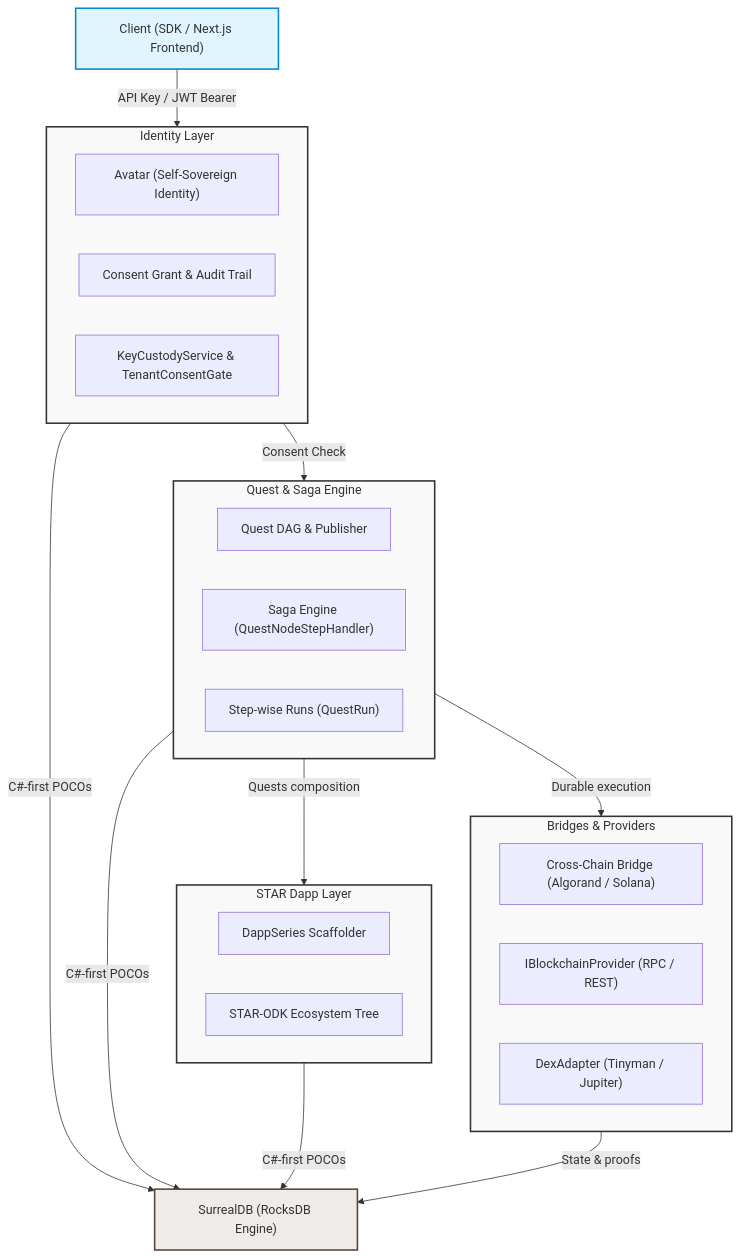
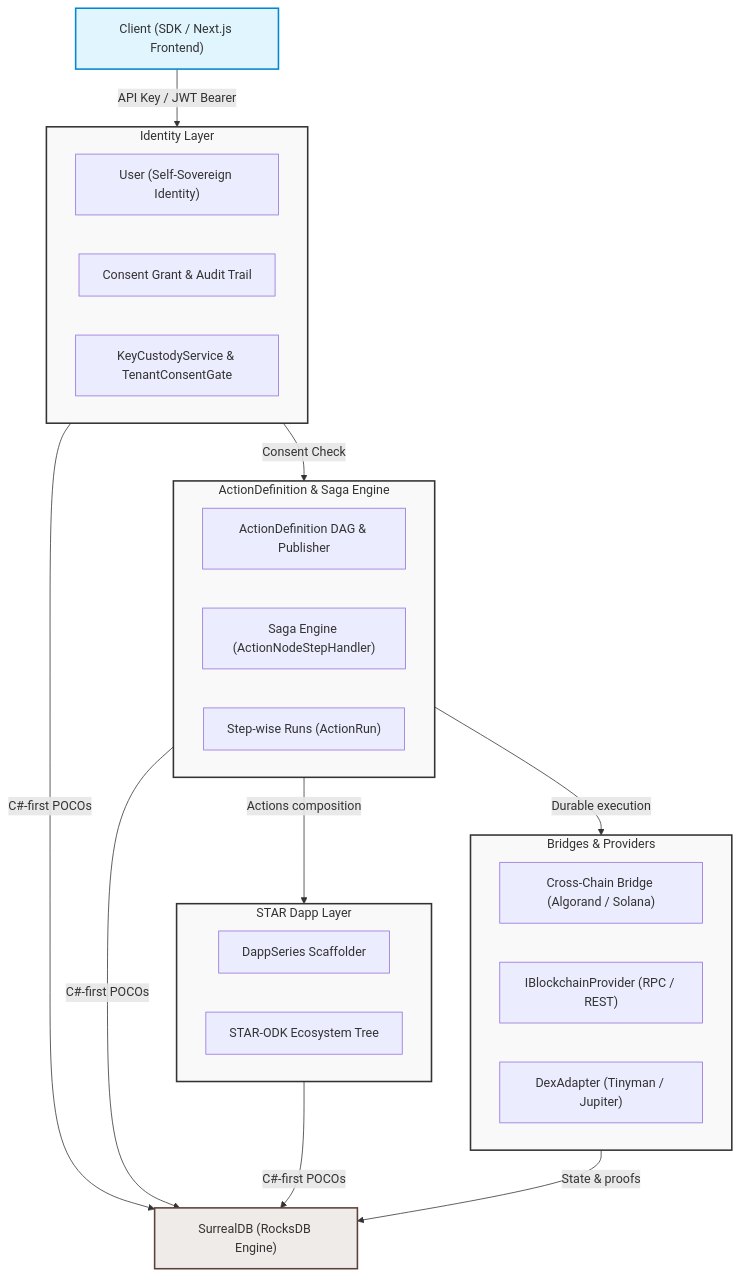
One commit to JadeZaher/azoa-autonomous-zones-of-action changed the first of 5 diagrams in docs/DEV-DOCS.md. Above: the diagram before and after it, drawn with Mermaid. The commit also changed other lines of this file and 1347 other files, not shown here.

````diff
--- a/docs/DEV-DOCS.md
+++ b/docs/DEV-DOCS.md
@@ -14,47 +14,47 @@
 ```mermaid
 graph TD
     classDef layerFill fill:#f9f9f9,stroke:#333,stroke-width:2px;
     classDef clientFill fill:#e1f5fe,stroke:#0288d1,stroke-width:2px;
     classDef persistenceFill fill:#efebe9,stroke:#5d4037,stroke-width:2px;
     
     Client["Client (SDK / Next.js Frontend)"]:::clientFill
     
     subgraph IdentityLayer["Identity Layer"]
-        Avatar["Avatar (Self-Sovereign Identity)"]
+        User["User (Self-Sovereign Identity)"]
         Consent["Consent Grant & Audit Trail"]
         Custody["KeyCustodyService & TenantConsentGate"]
     end
     IdentityLayer:::layerFill
 
-    subgraph WorkflowLayer["Quest & Saga Engine"]
-        QuestDAG["Quest DAG & Publisher"]
-        SagaRunner["Saga Engine (QuestNodeStepHandler)"]
-        Executions["Step-wise Runs (QuestRun)"]
+    subgraph WorkflowLayer["ActionDefinition & Saga Engine"]
+        ActionDAG["ActionDefinition DAG & Publisher"]
+        SagaRunner["Saga Engine (ActionNodeStepHandler)"]
+        Executions["Step-wise Runs (ActionRun)"]
     end
     WorkflowLayer:::layerFill
 
     subgraph CompositionLayer["STAR Dapp Layer"]
         DappSeries["DappSeries Scaffolder"]
         EcoTree["STAR-ODK Ecosystem Tree"]
     end
     CompositionLayer:::layerFill
 
     subgraph ProviderLayer["Bridges & Providers"]
         ChainBridge["Cross-Chain Bridge (Algorand / Solana)"]
         BlockchainProviders["IBlockchainProvider (RPC / REST)"]
         DexAdapters["DexAdapter (Tinyman / Jupiter)"]
     end
     ProviderLayer:::layerFill
 
     Surreal["SurrealDB (RocksDB Engine)"]:::persistenceFill
 
     Client -->|API Key / JWT Bearer| IdentityLayer
     IdentityLayer -->|Consent Check| WorkflowLayer
-    WorkflowLayer -->|Quests composition| CompositionLayer
+    WorkflowLayer -->|Actions composition| CompositionLayer
     WorkflowLayer -->|Durable execution| ProviderLayer
     
     IdentityLayer -->|C#-first POCOs| Surreal
     WorkflowLayer -->|C#-first POCOs| Surreal
     CompositionLayer -->|C#-first POCOs| Surreal
     ProviderLayer -->|State & proofs| Surreal
 ```
````
